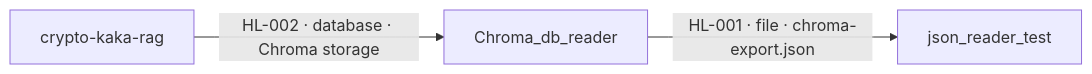
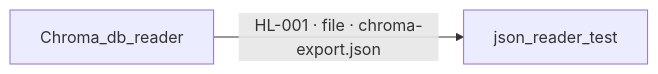
The diagram in lineage_output/cross-boundary-lineage.md (rajeshgmv/GItbased-DataLineage), drawn with Mermaid before and after one commit. The commit also changed other lines of this file and 31 other files, not shown here.

````diff
--- a/lineage_output/cross-boundary-lineage.md
+++ b/lineage_output/cross-boundary-lineage.md
@@ -28,8 +23,6 @@
 ```mermaid
 flowchart LR
   APP_001["Chroma_db_reader"]
   APP_002["json_reader_test"]
-  APP_003["crypto-kaka-rag"]
   APP_001 -->|"HL-001 · file · chroma-export.json"| APP_002
-  APP_003 -->|"HL-002 · database · Chroma storage"| APP_001
 ```
````
